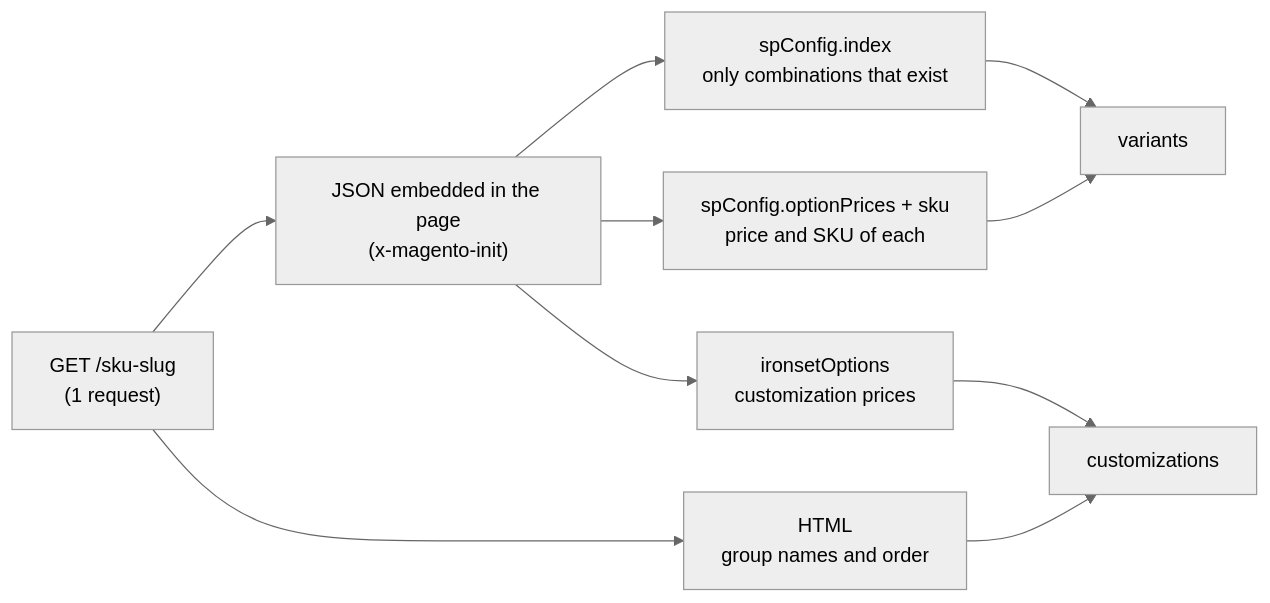
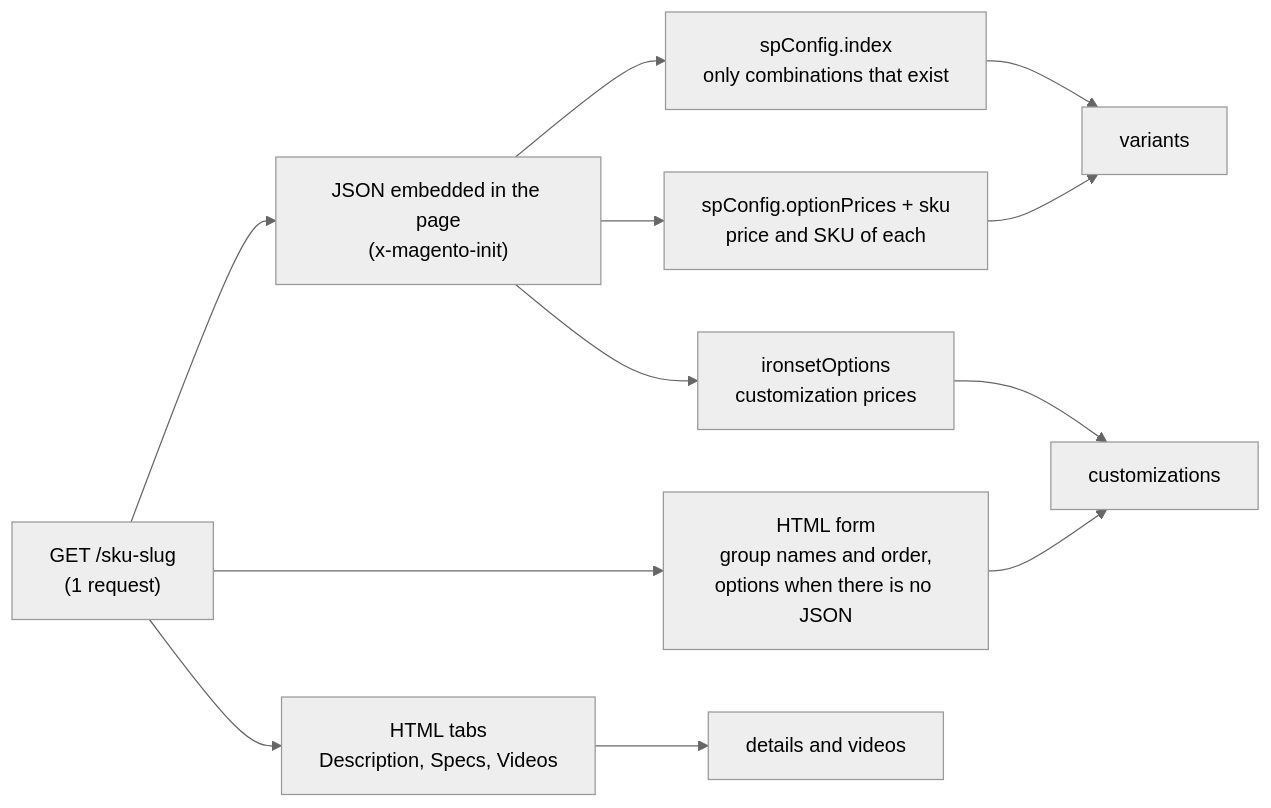
Before and after one commit to RLFreddy/retail-acquisition-engine: the second of 4 diagrams in DOCUMENTATION.md, drawn with Mermaid (neutral theme). The commit also changed other lines of this file and 5 other files, not shown here.

````diff
--- a/DOCUMENTATION.md
+++ b/DOCUMENTATION.md
@@ -81,10 +91,12 @@
 ```mermaid
 flowchart LR
     A["GET /sku-slug<br/>(1 request)"] --> B["JSON embedded in the page<br/>(x-magento-init)"]
     B --> C["spConfig.index<br/>only combinations that exist"]
     B --> D["spConfig.optionPrices + sku<br/>price and SKU of each"]
     B --> E["ironsetOptions<br/>customization prices"]
-    A --> F["HTML<br/>group names and order"]
+    A --> F["HTML form<br/>group names and order,<br/>options when there is no JSON"]
+    A --> G["HTML tabs<br/>Description, Specs, Videos"]
     C & D --> V[variants]
     E & F --> K[customizations]
+    G --> P[details and videos]
 ```
````
